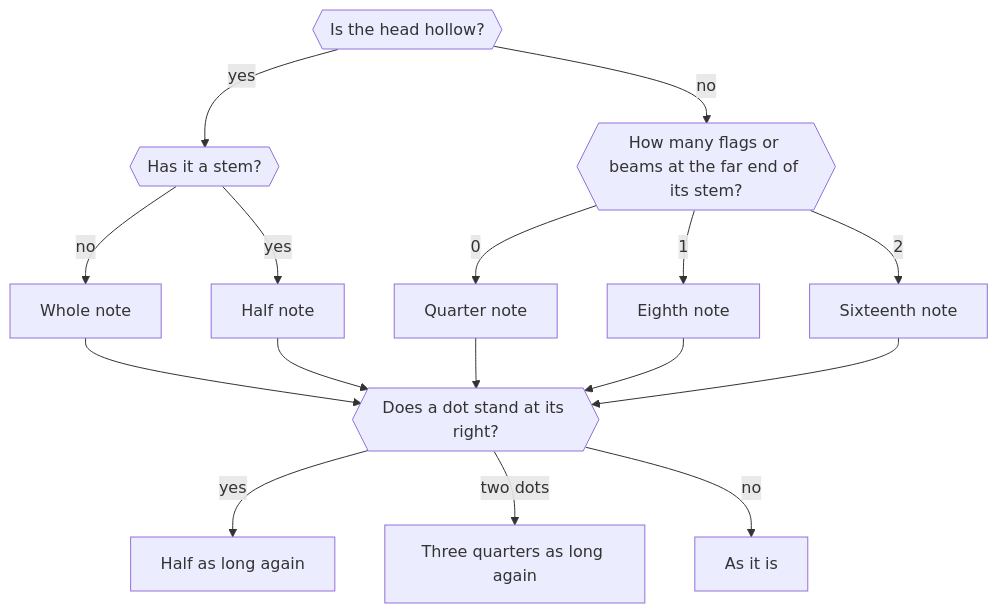
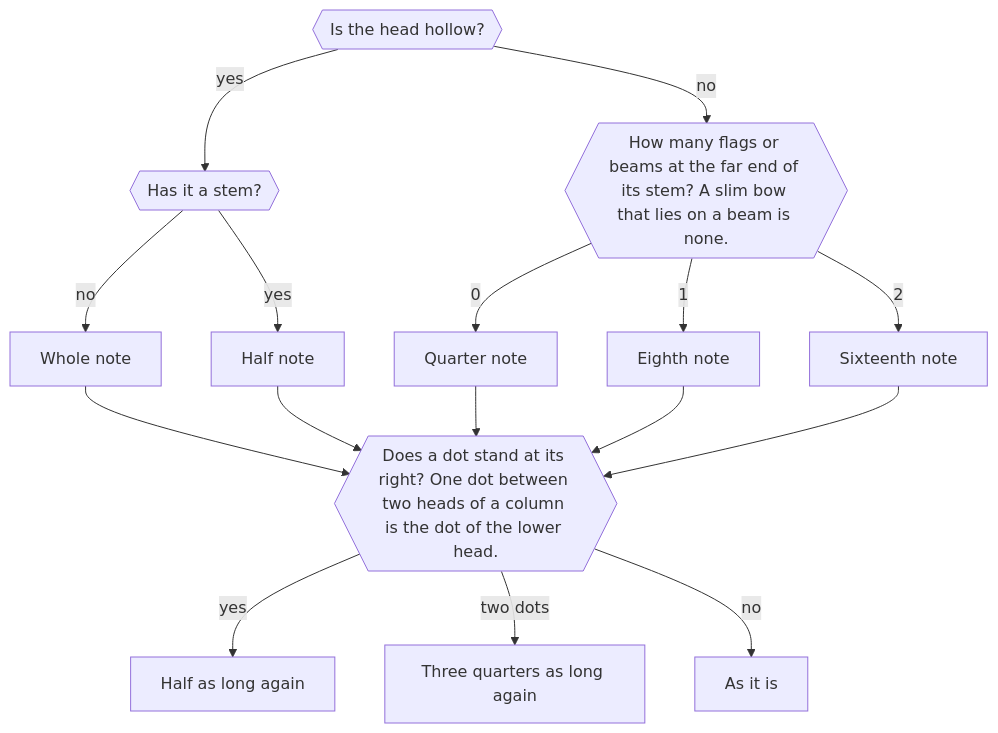
The eighth of 12 diagrams in README.md (sweet-cicero/ScoreReader), drawn with Mermaid before and after one commit. The commit also changed other lines of this file and 2 other files, not shown here.

````diff
--- a/README.md
+++ b/README.md
@@ -245,15 +245,15 @@
 ```mermaid
 flowchart TD
     head{{"Is the head hollow?"}}
     head -- "yes" --> stem{{"Has it a stem?"}}
     stem -- "no" --> whole["Whole note"]
     stem -- "yes" --> half["Half note"]
-    head -- "no" --> tails{{"How many flags or beams at the far end of its stem?"}}
+    head -- "no" --> tails{{"How many flags or beams at the far end of its stem? A slim bow that lies on a beam is none."}}
     tails -- "0" --> quarter["Quarter note"]
     tails -- "1" --> eighth["Eighth note"]
     tails -- "2" --> sixteenth["Sixteenth note"]
-    whole & half & quarter & eighth & sixteenth --> dot{{"Does a dot stand at its right?"}}
+    whole & half & quarter & eighth & sixteenth --> dot{{"Does a dot stand at its right? One dot between two heads of a column is the dot of the lower head."}}
     dot -- "yes" --> longer["Half as long again"]
     dot -- "two dots" --> longest["Three quarters as long again"]
     dot -- "no" --> same["As it is"]
 ```
````
